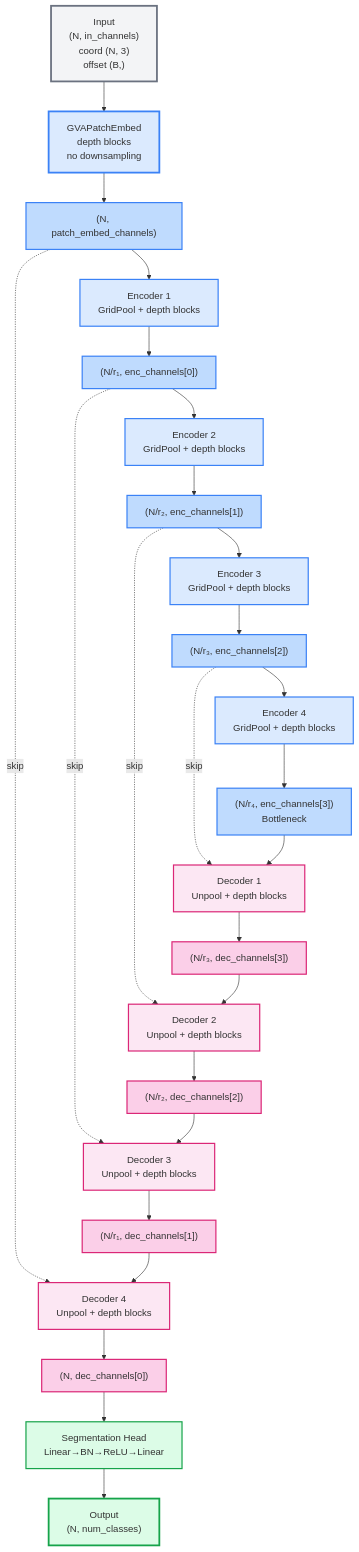
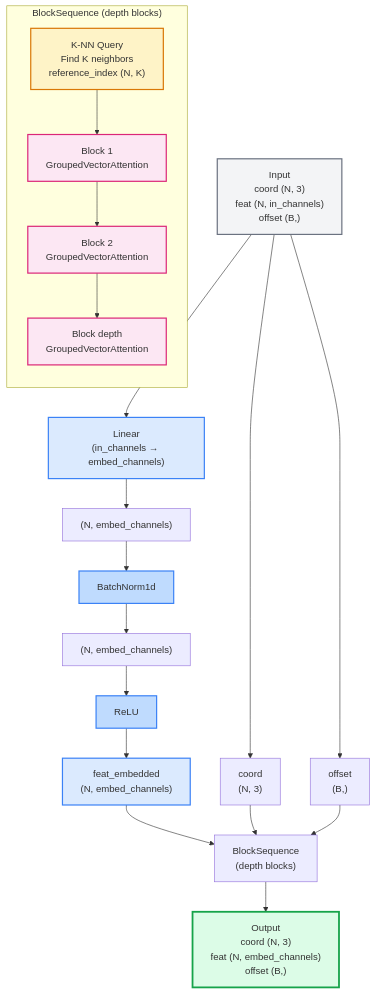
Before and after one commit to antoineach/antoineach.github.io: the diagram in assets/img/test.md, drawn with Mermaid.

````diff
--- a/assets/img/test.md
+++ b/assets/img/test.md
@@ -1,69 +1,49 @@
 ```mermaid
 ---
 config:
   layout: dagre
 ---
 flowchart TD
-    Input["Input<br>(N, in_channels)<br>coord (N, 3)<br>offset (B,)"] --> PatchEmbed["GVAPatchEmbed<br>depth blocks<br>no downsampling"]
+    Input["Input<br>coord (N, 3)<br>feat (N, in_channels)<br>offset (B,)"] --> Proj["Linear<br>(in_channels → embed_channels)"]
     
-    PatchEmbed --> P0["(N, patch_embed_channels)"]
+    Proj --> ProjOut["(N, embed_channels)"]
+    ProjOut --> BN1["BatchNorm1d"]
+    BN1 --> BN1Out["(N, embed_channels)"]
+    BN1Out --> ReLU1["ReLU"]
+    ReLU1 --> FeatEmbed["feat_embedded<br>(N, embed_channels)"]
     
-    P0 --> Enc1["Encoder 1<br>GridPool + depth blocks"]
-    Enc1 --> P1["(N/r₁, enc_channels[0])"]
+    Input --> Coord["coord<br>(N, 3)"]
+    Input --> Offset["offset<br>(B,)"]
     
-    P1 --> Enc2["Encoder 2<br>GridPool + depth blocks"]
-    Enc2 --> P2["(N/r₂, enc_channels[1])"]
+    FeatEmbed --> BlockSeq["BlockSequence<br>(depth blocks)"]
+    Coord --> BlockSeq
+    Offset --> BlockSeq
     
-    P2 --> Enc3["Encoder 3<br>GridPool + depth blocks"]
-    Enc3 --> P3["(N/r₃, enc_channels[2])"]
+    subgraph BlockSequence["BlockSequence (depth blocks)"]
+        direction TB
+        KNN["K-NN Query<br>Find K neighbors<br>reference_index (N, K)"]
+        
+        Block1["Block 1<br>GroupedVectorAttention"]
+        Block2["Block 2<br>GroupedVectorAttention"]
+        BlockN["Block depth<br>GroupedVectorAttention"]
+        
+        KNN --> Block1
+        Block1 --> Block2
+        Block2 --> BlockN
+    end
     
-    P3 --> Enc4["Encoder 4<br>GridPool + depth blocks"]
-    Enc4 --> P4["(N/r₄, enc_channels[3])<br>Bottleneck"]
+    BlockSeq --> Output["Output<br>coord (N, 3)<br>feat (N, embed_channels)<br>offset (B,)"]
     
-    P0 -.skip.-> Dec4
-    P1 -.skip.-> Dec3
-    P2 -.skip.-> Dec2
-    P3 -.skip.-> Dec1
+    style Input fill:#f3f4f6,stroke:#6b7280,stroke-width:2px
+    style Proj fill:#dbeafe,stroke:#3b82f6,stroke-width:2px
+    style BN1 fill:#bfdbfe,stroke:#3b82f6,stroke-width:2px
+    style ReLU1 fill:#bfdbfe,stroke:#3b82f6,stroke-width:2px
+    style FeatEmbed fill:#dbeafe,stroke:#3b82f6,stroke-width:2px
     
-    P4 --> Dec1["Decoder 1<br>Unpool + depth blocks"]
-    Dec1 --> D3["(N/r₃, dec_channels[3])"]
+    style KNN fill:#fef3c7,stroke:#d97706,stroke-width:2px
+    style Block1 fill:#fce7f3,stroke:#db2777,stroke-width:2px
+    style Block2 fill:#fce7f3,stroke:#db2777,stroke-width:2px
+    style BlockN fill:#fce7f3,stroke:#db2777,stroke-width:2px
     
-    D3 --> Dec2["Decoder 2<br>Unpool + depth blocks"]
-    Dec2 --> D2["(N/r₂, dec_channels[2])"]
-    
-    D2 --> Dec3["Decoder 3<br>Unpool + depth blocks"]
-    Dec3 --> D1["(N/r₁, dec_channels[1])"]
-    
-    D1 --> Dec4["Decoder 4<br>Unpool + depth blocks"]
-    Dec4 --> D0["(N, dec_channels[0])"]
-    
-    D0 --> Head["Segmentation Head<br>Linear→BN→ReLU→Linear"]
-    Head --> Output["Output<br>(N, num_classes)"]
-    
-    style Input fill:#f3f4f6,stroke:#6b7280,stroke-width:3px
-    style PatchEmbed fill:#dbeafe,stroke:#3b82f6,stroke-width:3px
-    style P0 fill:#bfdbfe,stroke:#3b82f6,stroke-width:2px
-    
-    style Enc1 fill:#dbeafe,stroke:#3b82f6,stroke-width:2px
-    style Enc2 fill:#dbeafe,stroke:#3b82f6,stroke-width:2px
-    style Enc3 fill:#dbeafe,stroke:#3b82f6,stroke-width:2px
-    style Enc4 fill:#dbeafe,stroke:#3b82f6,stroke-width:2px
-    
-    style P1 fill:#bfdbfe,stroke:#3b82f6,stroke-width:2px
-    style P2 fill:#bfdbfe,stroke:#3b82f6,stroke-width:2px
-    style P3 fill:#bfdbfe,stroke:#3b82f6,stroke-width:2px
-    style P4 fill:#bfdbfe,stroke:#3b82f6,stroke-width:2px
-    
-    style Dec1 fill:#fce7f3,stroke:#db2777,stroke-width:2px
-    style Dec2 fill:#fce7f3,stroke:#db2777,stroke-width:2px
-    style Dec3 fill:#fce7f3,stroke:#db2777,stroke-width:2px
-    style Dec4 fill:#fce7f3,stroke:#db2777,stroke-width:2px
-    
-    style D3 fill:#fbcfe8,stroke:#db2777,stroke-width:2px
-    style D2 fill:#fbcfe8,stroke:#db2777,stroke-width:2px
-    style D1 fill:#fbcfe8,stroke:#db2777,stroke-width:2px
-    style D0 fill:#fbcfe8,stroke:#db2777,stroke-width:2px
-    
-    style Head fill:#dcfce7,stroke:#16a34a,stroke-width:2px
     style Output fill:#dcfce7,stroke:#16a34a,stroke-width:3px
 ```
````
